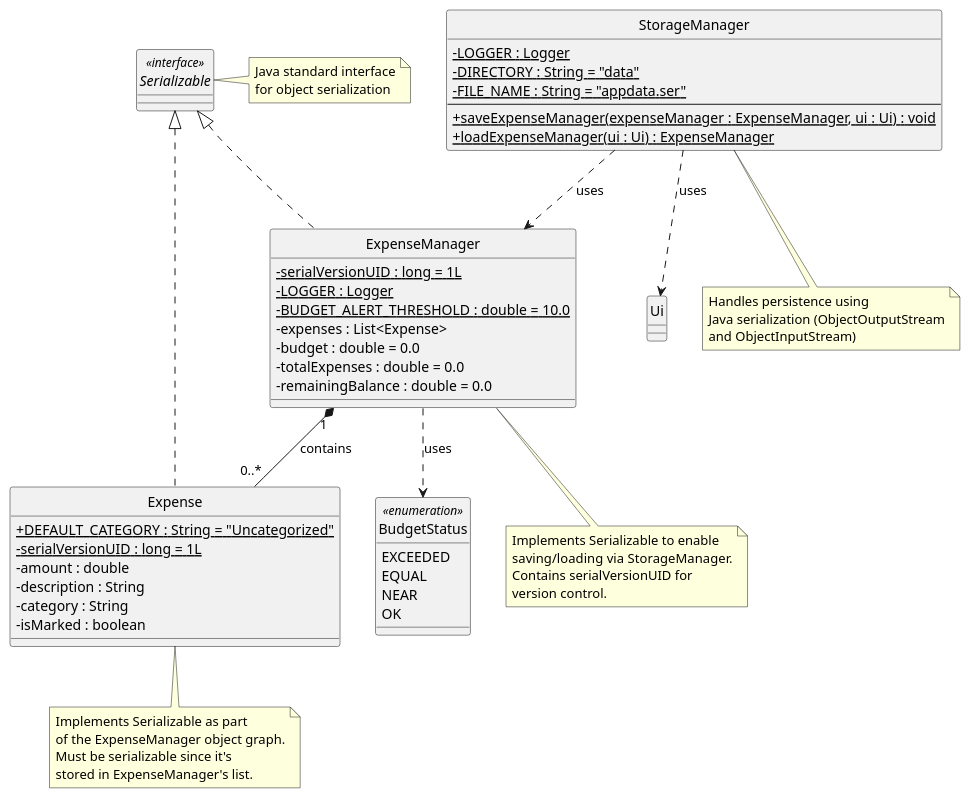
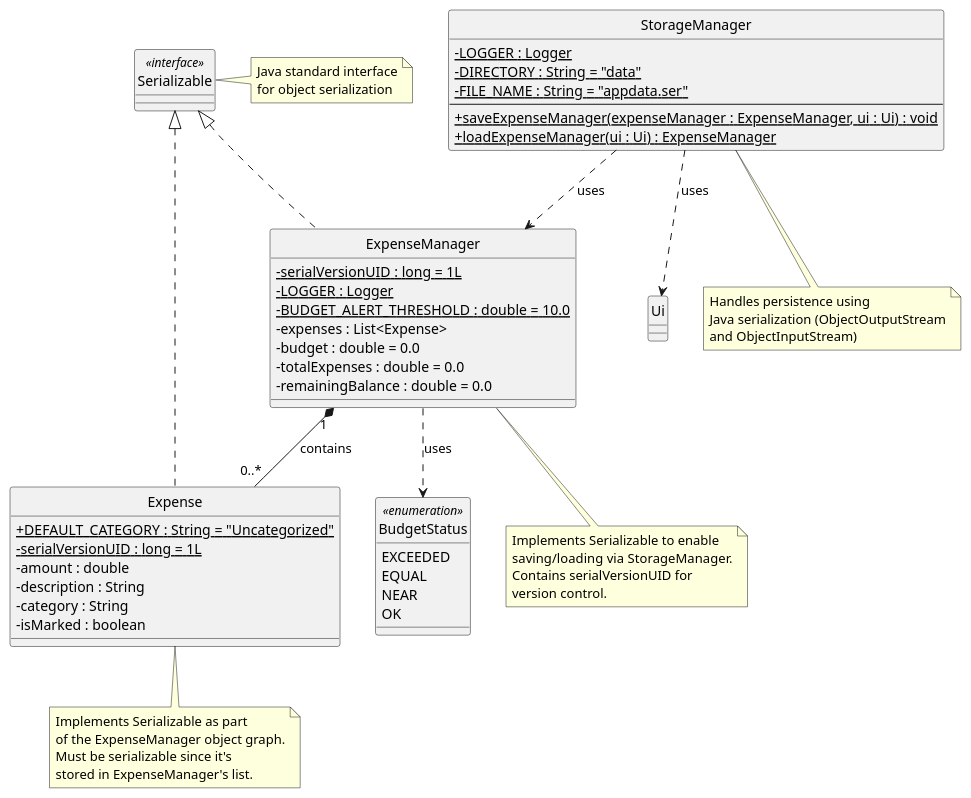
The diagram in docs/diagrams/storage-component-class.puml (aydrienlaw/tp), drawn with PlantUML before and after one commit. The commit also changed 2 other files, not shown here.

Commit message:
docs(developer-guide): annotate BudgetStatus as enumeration in class diagrams

```diff
--- a/docs/diagrams/storage-component-class.puml
+++ b/docs/diagrams/storage-component-class.puml
@@ -1,76 +1,76 @@
 @startuml
 hide circle
 skinparam classAttributeIconSize 0
 
-interface Serializable <<interface>> {
+class Serializable <<interface>> {
 }
 
 class StorageManager {
   - {static} LOGGER : Logger
   - {static} DIRECTORY : String = "data"
   - {static} FILE_NAME : String = "appdata.ser"
   --
   + {static} saveExpenseManager(expenseManager : ExpenseManager, ui : Ui) : void
   + {static} loadExpenseManager(ui : Ui) : ExpenseManager
 }
 
 class ExpenseManager implements Serializable {
   - {static} serialVersionUID : long = 1L
   - {static} LOGGER : Logger
   - {static} BUDGET_ALERT_THRESHOLD : double = 10.0
   - expenses : List<Expense>
   - budget : double = 0.0
   - totalExpenses : double = 0.0
   - remainingBalance : double = 0.0
 }
 
 class Expense implements Serializable {
   + {static} DEFAULT_CATEGORY : String = "Uncategorized"
   - {static} serialVersionUID : long = 1L
   - amount : double
   - description : String
   - category : String
   - isMarked : boolean
 }
 
 class Ui {
 }
 
 enum BudgetStatus <<enumeration>> {
   EXCEEDED
   EQUAL
   NEAR
   OK
 }
 
 StorageManager ..> ExpenseManager : uses
 StorageManager ..> Ui : uses
 ExpenseManager "1" *-- "0..*" Expense : contains
 ExpenseManager ..> BudgetStatus : uses
 
 note right of Serializable
   Java standard interface
   for object serialization
 end note
 
 note bottom of StorageManager
   Handles persistence using
   Java serialization (ObjectOutputStream
   and ObjectInputStream)
 end note
 
 note bottom of ExpenseManager
   Implements Serializable to enable
   saving/loading via StorageManager.
   Contains serialVersionUID for
   version control.
 end note
 
 note bottom of Expense
   Implements Serializable as part
   of the ExpenseManager object graph.
   Must be serializable since it's
   stored in ExpenseManager's list.
 end note
 
 @enduml
```
